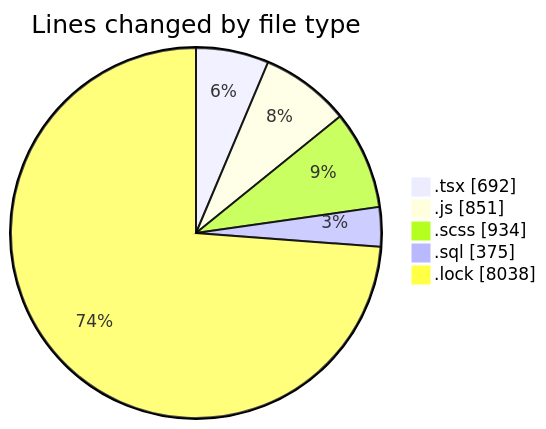
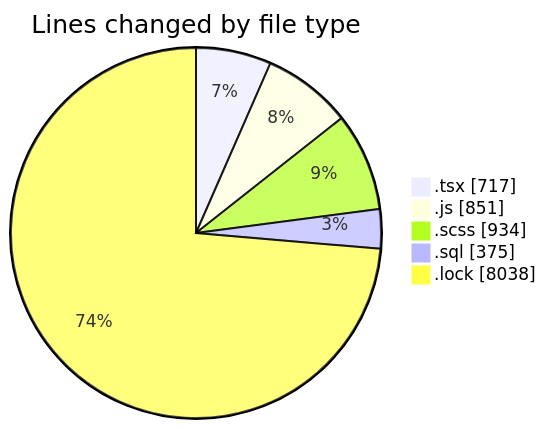
The first of 2 diagrams in 2025-03-18/cda/README.md (momahboobian/code-tracking), drawn with Mermaid before and after one commit. The commit also changed other lines of this file and 1 other file, not shown here.

````diff
--- a/2025-03-18/cda/README.md
+++ b/2025-03-18/cda/README.md
@@ -30,9 +30,9 @@
 ```mermaid
 pie showData
 title Lines changed by file type
-".tsx" : 692
+".tsx" : 717
 ".js" : 851
 ".scss" : 934
 ".sql" : 375
 ".lock" : 8038
 ```
````
